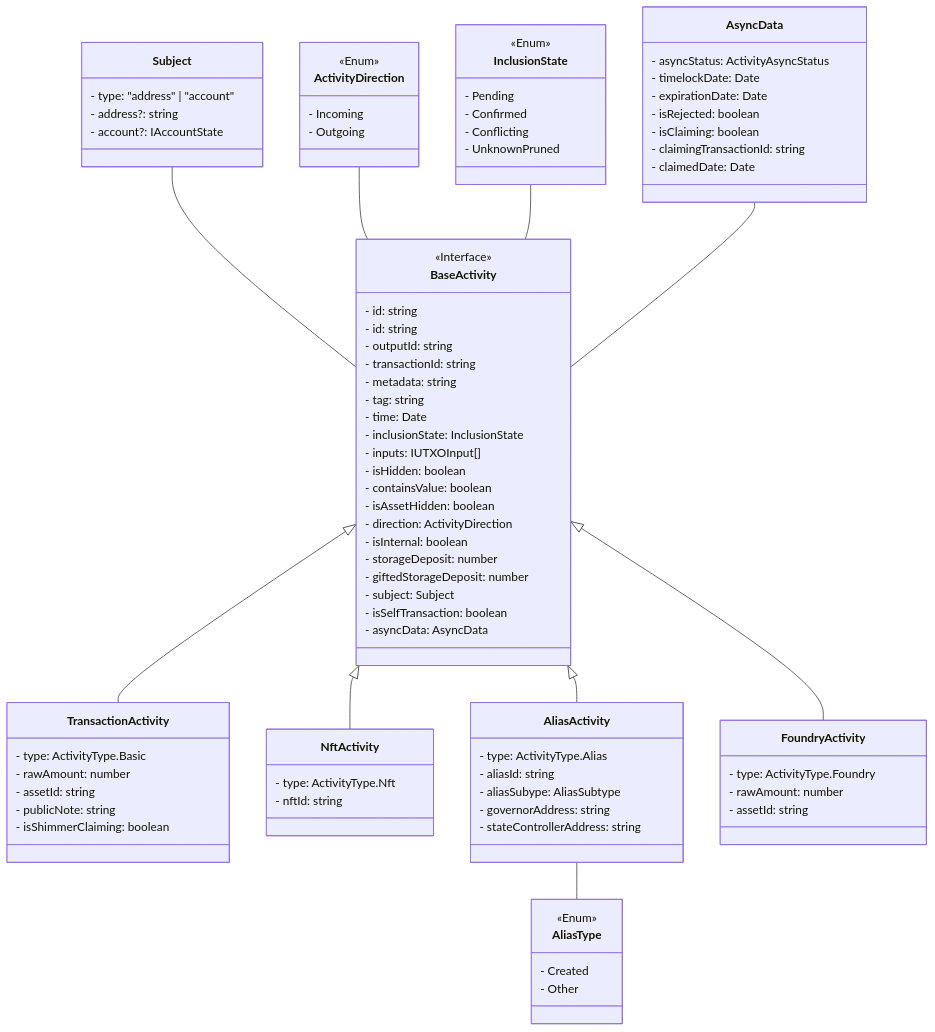
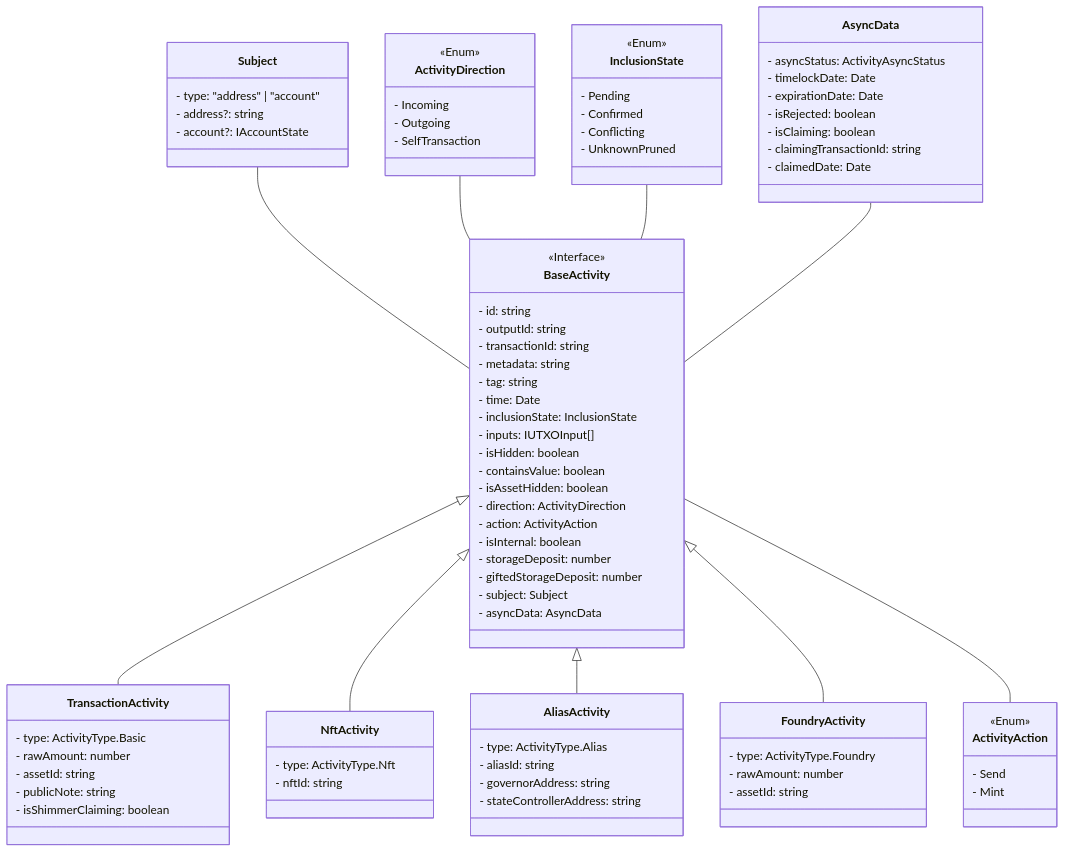
One commit to GraceHall722/bloom changed the diagram in docs/specifications/activities/class-diagram.md. Above: the diagram before and after it, drawn with Mermaid. The commit also changed 83 other files, not shown here.

First line of the commit message:
refactor: add self transaction to activity directions (#5243)

```diff
--- a/docs/specifications/activities/class-diagram.md
+++ b/docs/specifications/activities/class-diagram.md
@@ -16,10 +16,9 @@
     Base Activity <|-- Nft Activity
     Base Activity <|-- Alias Activity
     Base Activity <|-- Foundry Activity
-    Alias Activity -- Alias Type
+    Base Activity -- Activity Action
     class Base Activity {
         <<Interface>>
-        - id: string
         - id: string
         - outputId: string
         - transactionId: string
@@ -32,11 +31,11 @@
         - containsValue: boolean
         - isAssetHidden: boolean
         - direction: ActivityDirection
+        - action: ActivityAction
         - isInternal: boolean
         - storageDeposit: number
         - giftedStorageDeposit: number
         - subject: Subject
-        - isSelfTransaction: boolean
         - asyncData: AsyncData
     }
     class Transaction Activity {
@@ -58,7 +57,6 @@
     class Alias Activity {
         - type: ActivityType.Alias
         - aliasId: string
-        - aliasSubype: AliasSubtype
         - governorAddress: string
         - stateControllerAddress: string
     }
@@ -71,11 +69,12 @@
         <<Enum>>
         - Incoming
         - Outgoing
+        - SelfTransaction
     }
-    class Alias Type {
+    class Activity Action {
         <<Enum>>
-        - Created
-        - Other
+        - Send
+        - Mint
     }
     class Async Data {
         - asyncStatus: ActivityAsyncStatus
```
